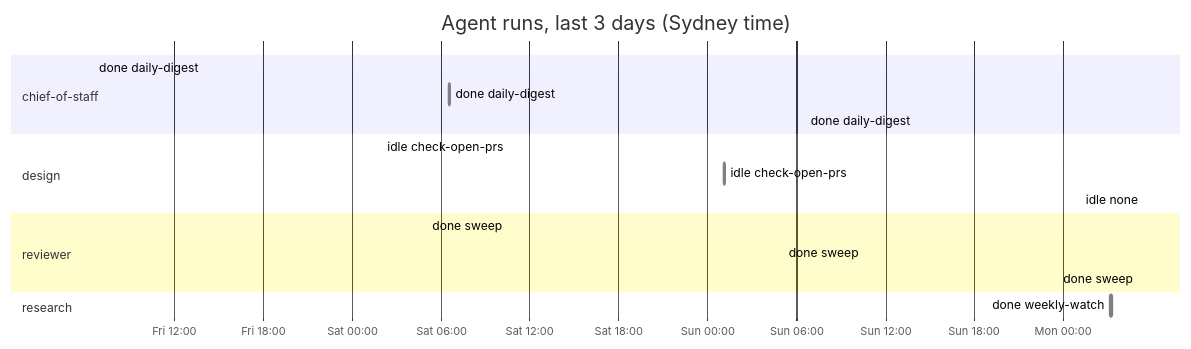
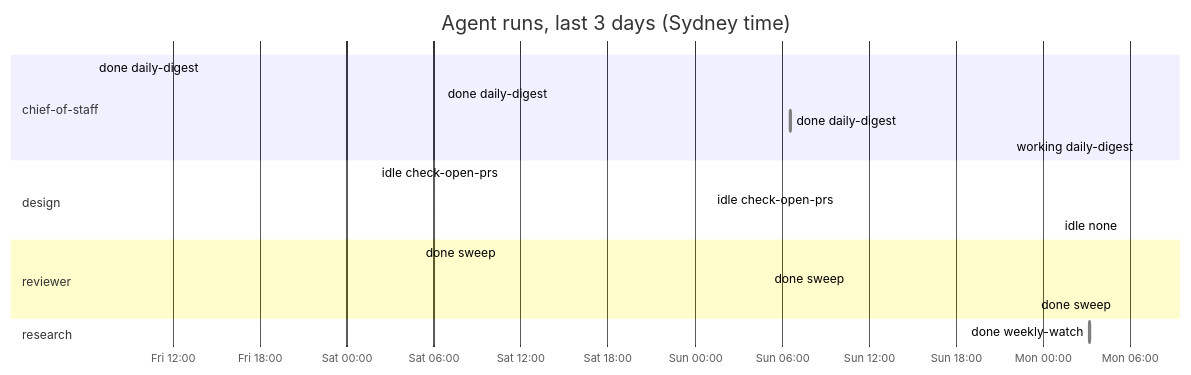
One commit to roulmediateam-byte/fifteen-expert-hq changed the diagram in dashboard.md. Above: the diagram before and after it, drawn with Mermaid. The commit also changed other lines of this file and 1 other file, not shown here.

````diff
--- a/dashboard.md
+++ b/dashboard.md
@@ -42,20 +42,21 @@
 ```mermaid
 gantt
     title Agent runs, last 3 days (Sydney time)
     dateFormat YYYY-MM-DD HH:mm
     axisFormat %a %H:%M
     section chief-of-staff
     done daily-digest :done, 2026-11-13 06:34, 2026-11-13 06:36
     done daily-digest :done, 2026-11-14 06:35, 2026-11-14 06:36
     done daily-digest :done, 2026-11-15 06:35, 2026-11-15 06:36
+    working daily-digest :active, 2026-11-16 06:35, 2026-11-16 06:35
     section design
     idle check-open-prs :done, 2026-11-14 02:01, 2026-11-14 02:02
     idle check-open-prs :done, 2026-11-15 01:08, 2026-11-15 01:09
     idle none :done, 2026-11-16 01:08, 2026-11-16 01:08
     section reviewer
     done sweep :done, 2026-11-14 05:05, 2026-11-14 05:06
     done sweep :done, 2026-11-15 05:07, 2026-11-15 05:08
     done sweep :done, 2026-11-16 05:05, 2026-11-16 05:06
     section research
     done weekly-watch :done, 2026-11-16 03:10, 2026-11-16 03:17
 ```
````
